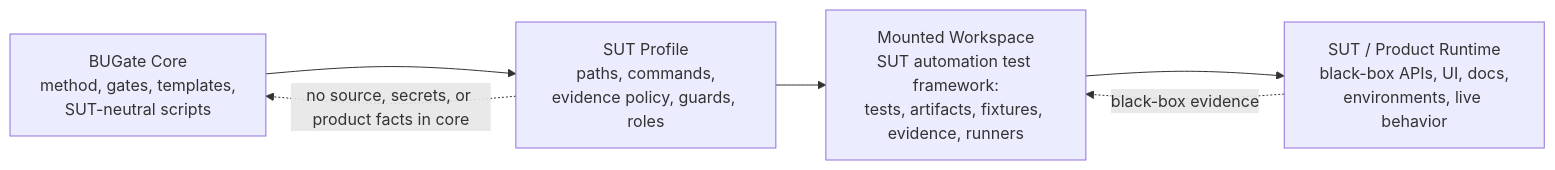
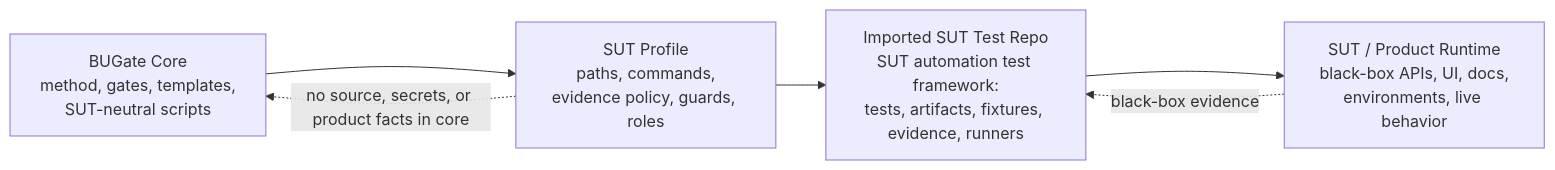
One commit to ZhangLiangchen/BUGate changed the diagram in README.md. Above: the diagram before and after it, drawn with Mermaid. The commit also changed other lines of this file and 49 other files, not shown here.

First line of the commit message:
feat: dual-runtime (Codex + Claude Code) capability symmetry; retire the mounted-workspace form

````diff
--- a/README.md
+++ b/README.md
@@ -75,13 +76,13 @@
 ```mermaid
 flowchart LR
   Core["BUGate Core\nmethod, gates, templates,\nSUT-neutral scripts"]
   Profile["SUT Profile\npaths, commands,\nevidence policy, guards, roles"]
-  Workspace["Mounted Workspace\nSUT automation test framework:\ntests, artifacts, fixtures, evidence, runners"]
+  Workspace["Imported SUT Test Repo\nSUT automation test framework:\ntests, artifacts, fixtures, evidence, runners"]
   Runtime["SUT / Product Runtime\nblack-box APIs, UI, docs,\nenvironments, live behavior"]
 
   Core --> Profile
   Profile --> Workspace
   Workspace --> Runtime
   Runtime -. "black-box evidence" .-> Workspace
   Profile -. "no source, secrets, or product facts in core" .-> Core
 ```
````
